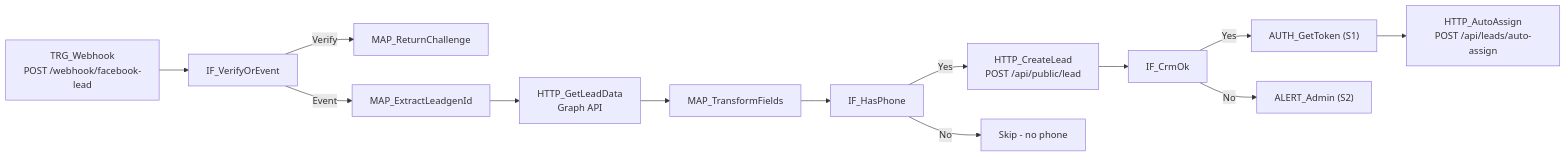
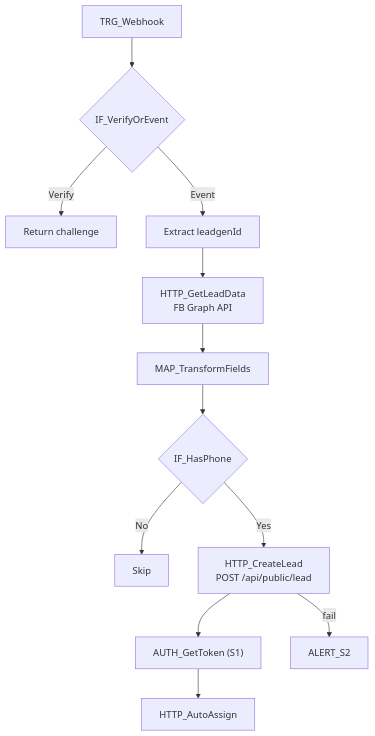
The third of 7 diagrams in docs/runbooks/n8n-production.md (nguyendinhduy-1995/daotaolaixethayduy-V2), drawn with Mermaid before and after one commit. The commit also changed other lines of this file and 2 other files, not shown here.

````diff
--- a/docs/runbooks/n8n-production.md
+++ b/docs/runbooks/n8n-production.md
@@ -447,15 +242,14 @@
 ```mermaid
-graph LR
-    TRG["TRG_Webhook<br/>POST /webhook/facebook-lead"] --> IF1["IF_VerifyOrEvent"]
-    IF1 -->|Verify| CHALLENGE["MAP_ReturnChallenge"]
-    IF1 -->|Event| EXTRACT["MAP_ExtractLeadgenId"]
-    EXTRACT --> FB["HTTP_GetLeadData<br/>Graph API"]
-    FB --> TRANSFORM["MAP_TransformFields"]
-    TRANSFORM --> IF2["IF_HasPhone"]
+flowchart TD
+    TRG["TRG_Webhook"] --> IF1{"IF_VerifyOrEvent"}
+    IF1 -->|Verify| RET["Return challenge"]
+    IF1 -->|Event| EXT["Extract leadgenId"]
+    EXT --> FB["HTTP_GetLeadData<br/>FB Graph API"]
+    FB --> MAP["MAP_TransformFields"]
+    MAP --> IF2{"IF_HasPhone"}
+    IF2 -->|No| SKIP["Skip"]
     IF2 -->|Yes| CRM["HTTP_CreateLead<br/>POST /api/public/lead"]
-    IF2 -->|No| SKIP["Skip - no phone"]
-    CRM --> IFOK["IF_CrmOk"]
-    IFOK -->|Yes| AUTH["AUTH_GetToken (S1)"]
-    AUTH --> ASSIGN["HTTP_AutoAssign<br/>POST /api/leads/auto-assign"]
-    IFOK -->|No| ALERT["ALERT_Admin (S2)"]
+    CRM --> AUTH["AUTH_GetToken (S1)"]
+    AUTH --> ASSIGN["HTTP_AutoAssign"]
+    CRM -->|fail| ALERT["ALERT_S2"]
 ```
````
